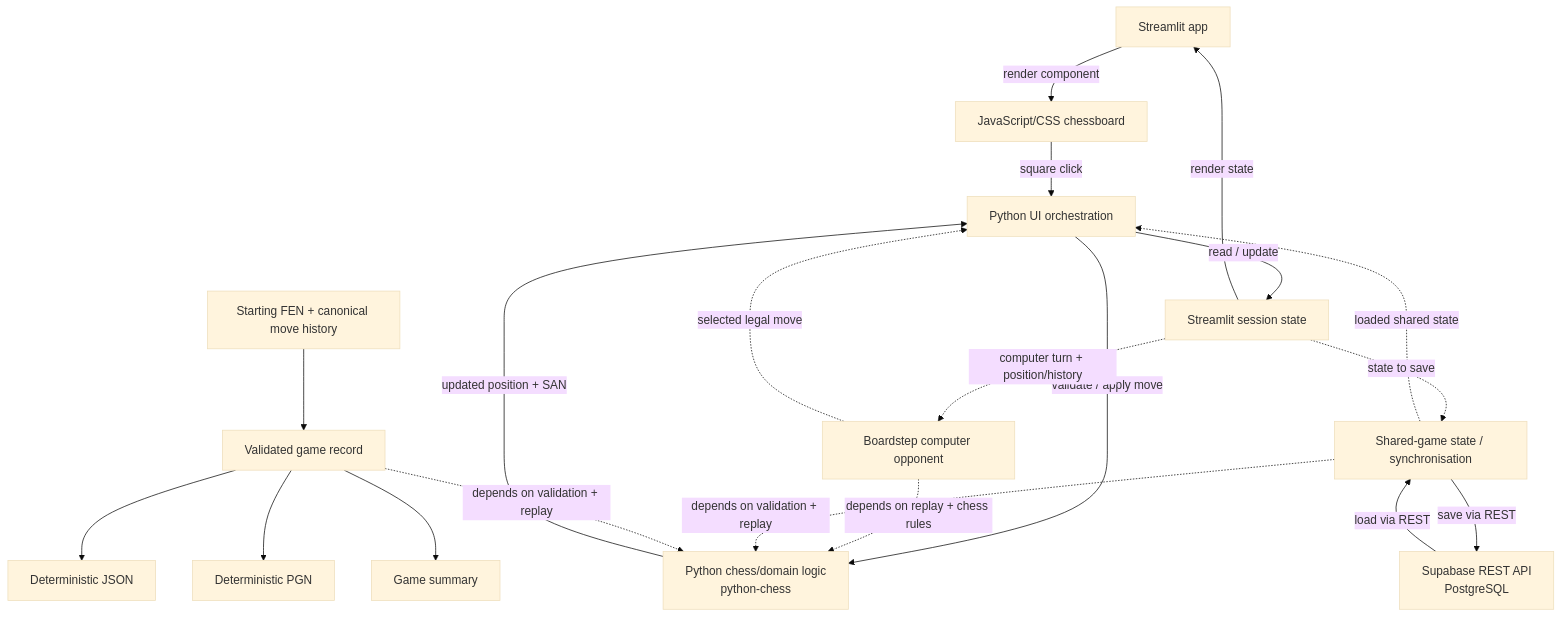
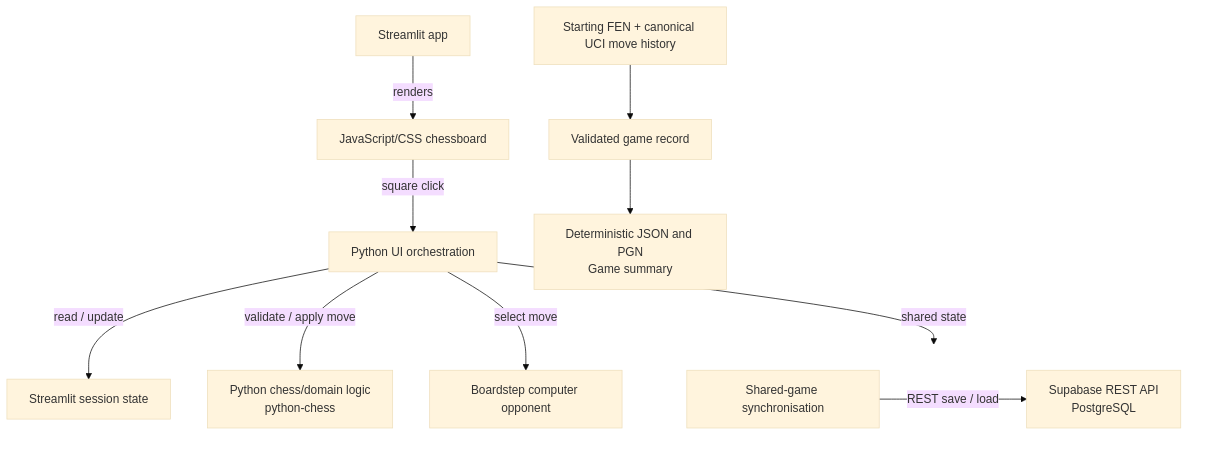
One commit to NikolayAir/Boardstep changed the diagram in README.md. Above: the diagram before and after it, drawn with Mermaid (base theme). The commit also changed other lines of this file and 1 other file, not shown here.

Commit message:
Refine README architecture overview

````diff
--- a/README.md
+++ b/README.md
@@ -22,26 +22,21 @@
 ```mermaid
 flowchart TB
-    UI["Streamlit app"] -->|"render component"| Board["JavaScript/CSS chessboard"]
+    UI["Streamlit app"] -->|"renders"| Board["JavaScript/CSS chessboard"]
     Board -->|"square click"| Handler["Python UI orchestration"]
+
     Handler -->|"read / update"| State["Streamlit session state"]
-    State -->|"render state"| UI
+    Handler -->|"validate / apply move"| Rules["Python chess/domain logic<br/>python-chess"]
+    Handler -->|"select move"| Computer["Boardstep computer opponent"]
 
-    Handler -->|"validate / apply move"| Rules["Python chess/domain logic<br/>python-chess"]
-    Rules -->|"updated position + SAN"| Handler
+    subgraph Shared[" "]
+        direction LR
+        Sync["Shared-game synchronisation"] -->|"REST save / load"| Storage["Supabase REST API<br/>PostgreSQL"]
+    end
 
-    State -. "computer turn + position/history" .-> Computer["Boardstep computer opponent"]
-    Computer -. "selected legal move" .-> Handler
-    Computer -. "depends on replay + chess rules" .-> Rules
+    Handler -->|"shared state"| Sync
 
-    State -. "state to save" .-> Sync["Shared-game state / synchronisation"]
-    Sync -->|"save via REST"| Storage["Supabase REST API<br/>PostgreSQL"]
-    Storage -->|"load via REST"| Sync
-    Sync -. "loaded shared state" .-> Handler
-    Sync -. "depends on validation + replay" .-> Rules
+    History["Starting FEN + canonical UCI move history"] --> Record["Validated game record"]
+    Record --> Outputs["Deterministic JSON and PGN<br/>Game summary"]
 
-    History["Starting FEN + canonical move history"] --> Record["Validated game record"]
-    Record -. "depends on validation + replay" .-> Rules
-    Record --> JSON["Deterministic JSON"]
-    Record --> PGN["Deterministic PGN"]
-    Record --> Summary["Game summary"]
+    style Shared fill:none,stroke:none
 ```
````
